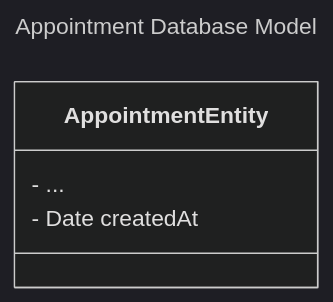
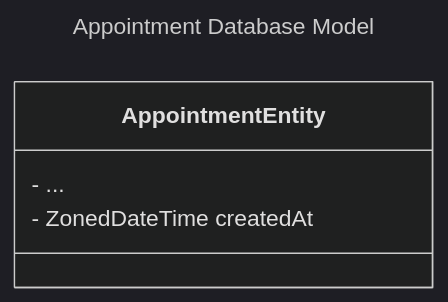
Before and after one commit to TobiStr/quarkus-workshop: the second of 5 diagrams in README.md, drawn with Mermaid (dark theme). The commit also changed other lines of this file, not shown here.

````diff
--- a/README.md
+++ b/README.md
@@ -60,10 +61,10 @@
 ```mermaid
 ---
 title: Appointment Database Model
 ---
 classDiagram
     class AppointmentEntity{
         - ...
-        - Date createdAt
+        - ZonedDateTime createdAt
     }
 ```
````
